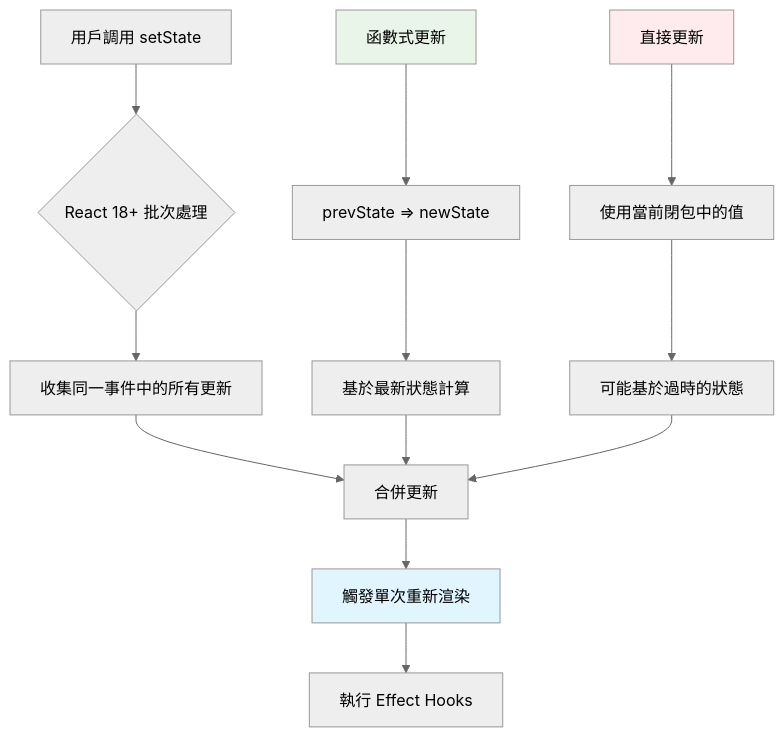
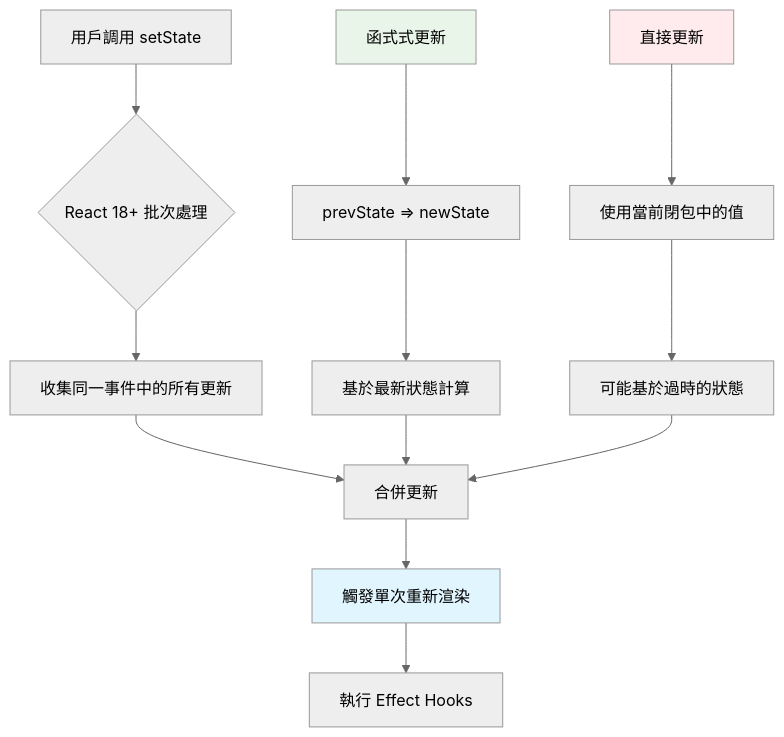
The second of 6 diagrams in source/_posts/20250926-js-react-19-hook.md (summer10920/summer10920.github.io), drawn with Mermaid (neutral theme) before and after one commit. The commit also changed other lines of this file and 28 other files, not shown here.

```diff
--- a/source/_posts/20250926-js-react-19-hook.md
+++ b/source/_posts/20250926-js-react-19-hook.md
@@ -717,19 +910,19 @@
 {% mermaid graph TD %}
     A["用戶調用 setState"] --> B{"React 18+ 批次處理"}
     B --> C["收集同一事件中的所有更新"]
     C --> D["合併更新"]
     D --> E["觸發單次重新渲染"]
     E --> F["執行 Effect Hooks"]
     
-    G["函數式更新"] --> H["prevState => newState"]
+    G["函式式更新"] --> H["prevState => newState"]
     H --> I["基於最新狀態計算"]
     I --> D
     
     J["直接更新"] --> K["使用當前閉包中的值"]
     K --> L["可能基於過時的狀態"]
     L --> D
     
     style G fill:#e8f5e8
     style J fill:#ffebee
     style E fill:#e1f5fe
 {% endmermaid %}
```
